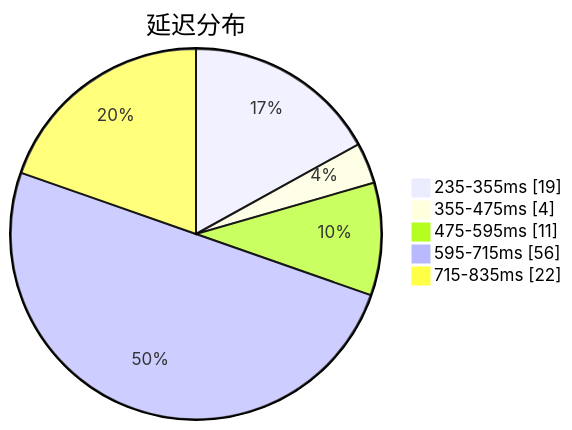
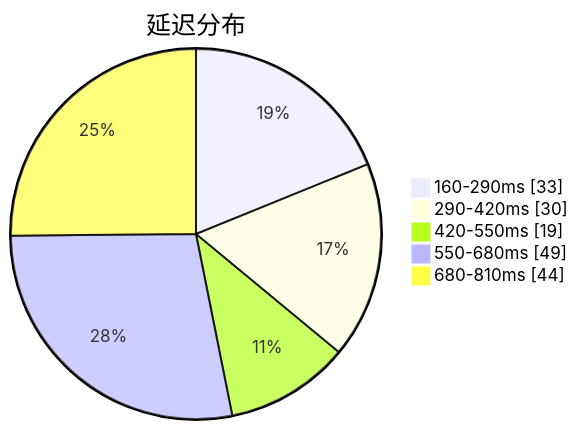
The first of 3 diagrams in subs/statistics/tested_within.md (qjlxg/airport), drawn with Mermaid before and after one commit. The commit also changed other lines of this file and 2 other files, not shown here.

Commit message:
Tested by metaST

````diff
--- a/subs/statistics/tested_within.md
+++ b/subs/statistics/tested_within.md
@@ -2,9 +2,9 @@
 ```mermaid
 pie showData
 title 延迟分布
-"235-355ms" : 19
-"355-475ms" : 4
-"475-595ms" : 11
-"595-715ms" : 56
-"715-835ms" : 22
+"160-290ms" : 33
+"290-420ms" : 30
+"420-550ms" : 19
+"550-680ms" : 49
+"680-810ms" : 44
 ```
````
